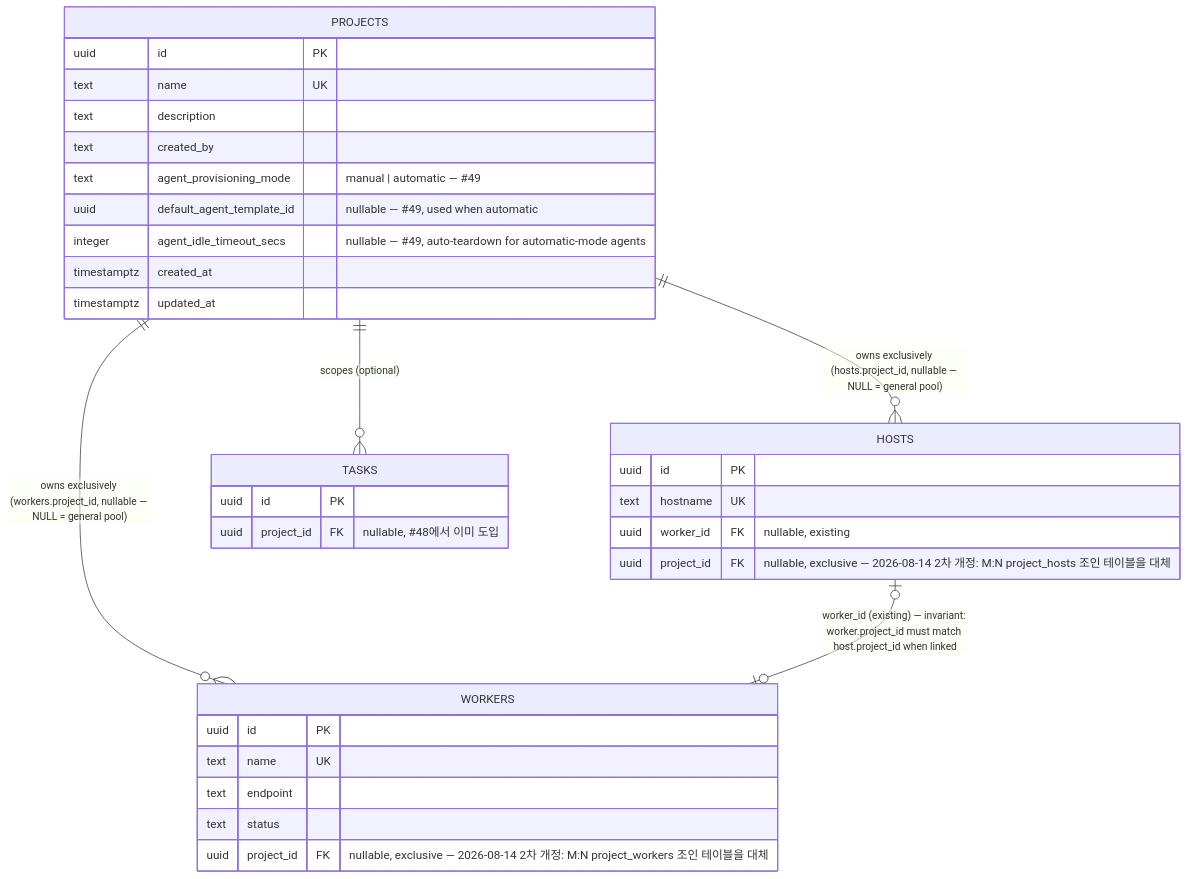
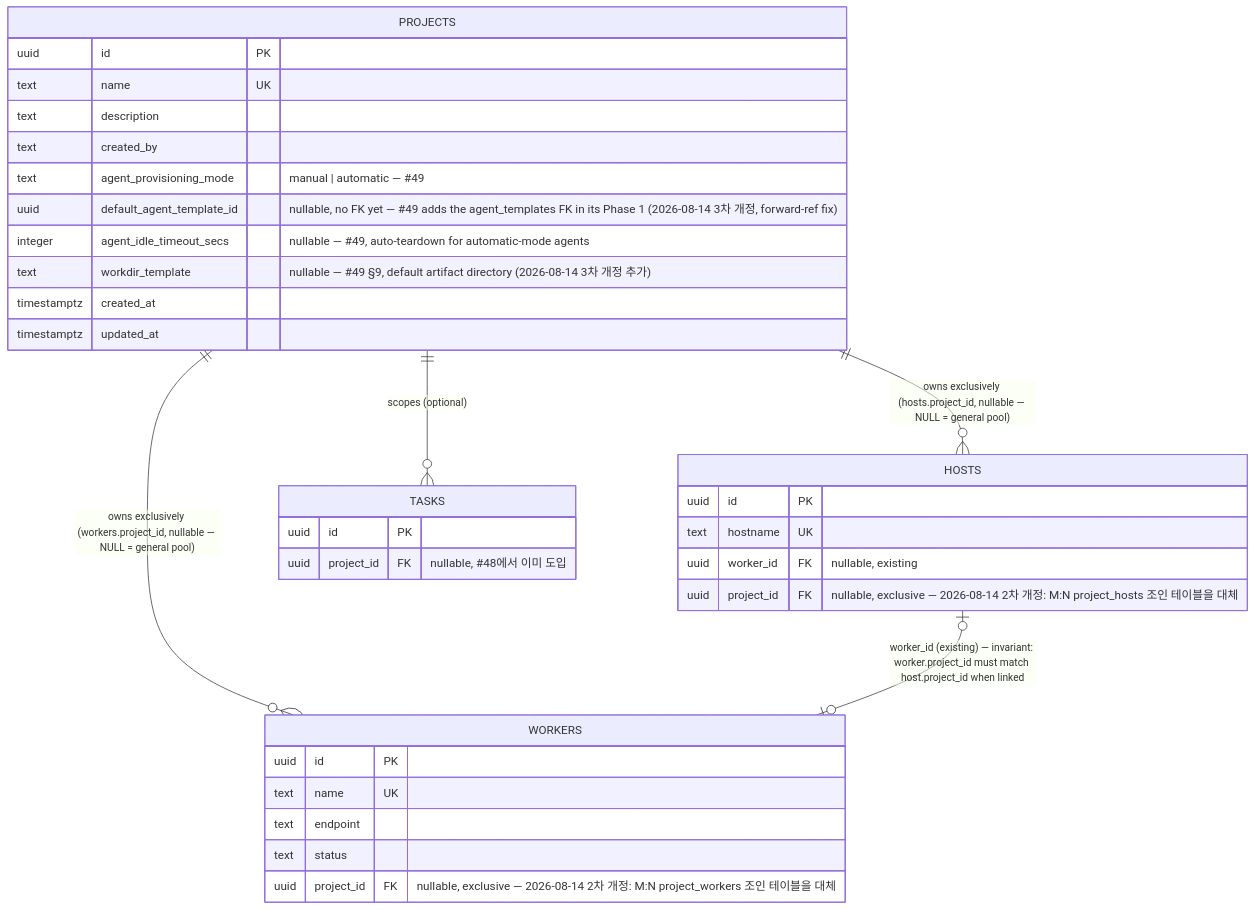
Before and after one commit to yarang/grok-fleet-orchestrator: the diagram in docs/assets/diagrams/architecture/project-data-model.mermaid, drawn with Mermaid. The commit also changed 5 other files, not shown here.

First line of the commit message:
docs(architecture): re-review #48/#49 design docs before implementation

```diff
--- a/docs/assets/diagrams/architecture/project-data-model.mermaid
+++ b/docs/assets/diagrams/architecture/project-data-model.mermaid
@@ -1,37 +1,38 @@
 erDiagram
     PROJECTS ||--o{ WORKERS : "owns exclusively (workers.project_id, nullable — NULL = general pool)"
     PROJECTS ||--o{ HOSTS : "owns exclusively (hosts.project_id, nullable — NULL = general pool)"
     PROJECTS ||--o{ TASKS : "scopes (optional)"
     HOSTS |o--o| WORKERS : "worker_id (existing) — invariant: worker.project_id must match host.project_id when linked"
 
     PROJECTS {
         uuid id PK
         text name UK
         text description
         text created_by
         text agent_provisioning_mode "manual | automatic — #49"
-        uuid default_agent_template_id "nullable — #49, used when automatic"
+        uuid default_agent_template_id "nullable, no FK yet — #49 adds the agent_templates FK in its Phase 1 (2026-08-14 3차 개정, forward-ref fix)"
         integer agent_idle_timeout_secs "nullable — #49, auto-teardown for automatic-mode agents"
+        text workdir_template "nullable — #49 §9, default artifact directory (2026-08-14 3차 개정 추가)"
         timestamptz created_at
         timestamptz updated_at
     }
 
     WORKERS {
         uuid id PK
         text name UK
         text endpoint
         text status
         uuid project_id FK "nullable, exclusive — 2026-08-14 2차 개정: M:N project_workers 조인 테이블을 대체"
     }
 
     HOSTS {
         uuid id PK
         text hostname UK
         uuid worker_id FK "nullable, existing"
         uuid project_id FK "nullable, exclusive — 2026-08-14 2차 개정: M:N project_hosts 조인 테이블을 대체"
     }
 
     TASKS {
         uuid id PK
         uuid project_id FK "nullable, #48에서 이미 도입"
     }
```
